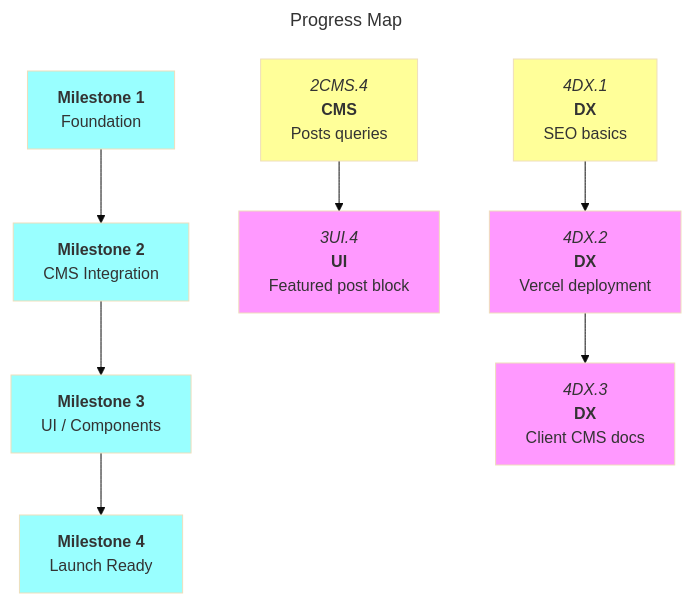
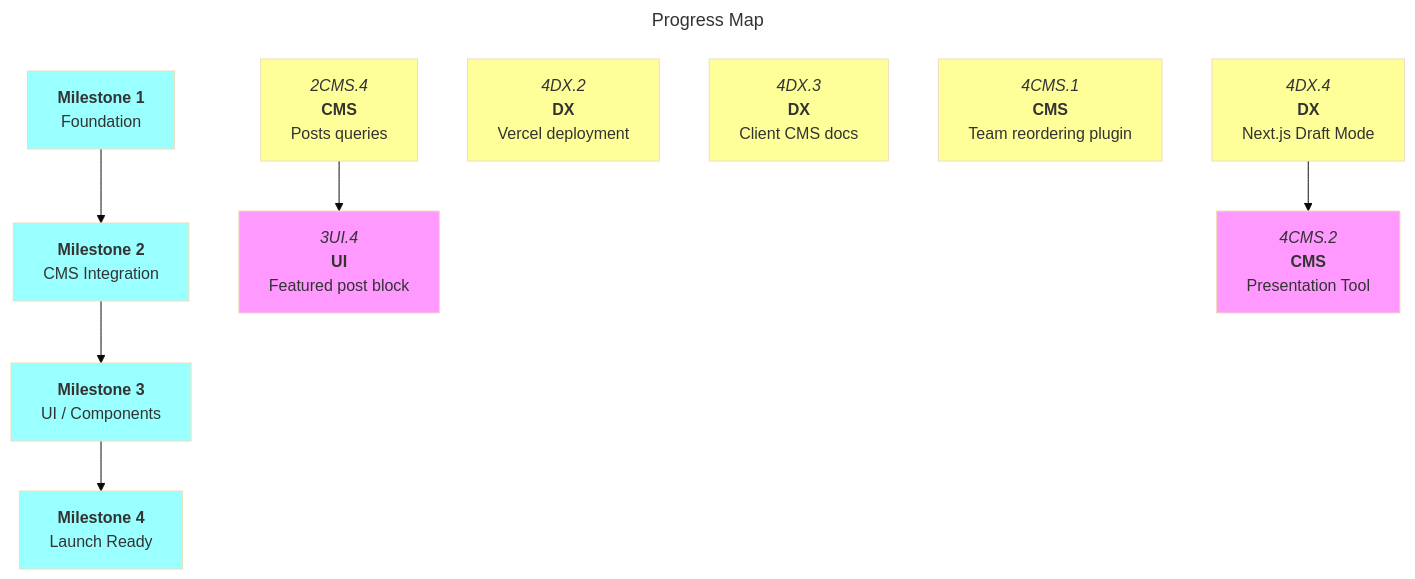
Before and after one commit to Oggie112/C58: the diagram in docs/roadmaps/mvp.md, drawn with Mermaid (base theme). The commit also changed other lines of this file and 5 other files, not shown here.

````diff
--- a/docs/roadmaps/mvp.md
+++ b/docs/roadmaps/mvp.md
@@ -137,30 +141,31 @@
 ```mermaid
 ---
 title: Progress Map
 ---
 graph TD
 
 m1["`**Milestone 1**<br/>Foundation`"]:::mile
 m2["`**Milestone 2**<br/>CMS Integration`"]:::mile
 m3["`**Milestone 3**<br/>UI / Components`"]:::mile
 m4["`**Milestone 4**<br/>Launch Ready`"]:::mile
 
 m1 --> m2 --> m3 --> m4
 
 2CMS.4["`*2CMS.4*<br/>**CMS**<br/>Posts queries`"]:::open
 
 3UI.4["`*3UI.4*<br/>**UI**<br/>Featured post block`"]
 
-4DX.1["`*4DX.1*<br/>**DX**<br/>SEO basics`"]:::open
-4DX.2["`*4DX.2*<br/>**DX**<br/>Vercel deployment`"]
-4DX.3["`*4DX.3*<br/>**DX**<br/>Client CMS docs`"]
+4DX.2["`*4DX.2*<br/>**DX**<br/>Vercel deployment`"]:::open
+4DX.3["`*4DX.3*<br/>**DX**<br/>Client CMS docs`"]:::open
+4CMS.1["`*4CMS.1*<br/>**CMS**<br/>Team reordering plugin`"]:::open
+4DX.4["`*4DX.4*<br/>**DX**<br/>Next.js Draft Mode`"]:::open
+4CMS.2["`*4CMS.2*<br/>**CMS**<br/>Presentation Tool`"]
 
 2CMS.4 --> 3UI.4
 
-4DX.1 --> 4DX.2
-4DX.2 --> 4DX.3
+4DX.4 --> 4CMS.2
 
 classDef default fill:#f9f
 classDef open fill:#ff9
 classDef mile fill:#9ff
 ```
````
